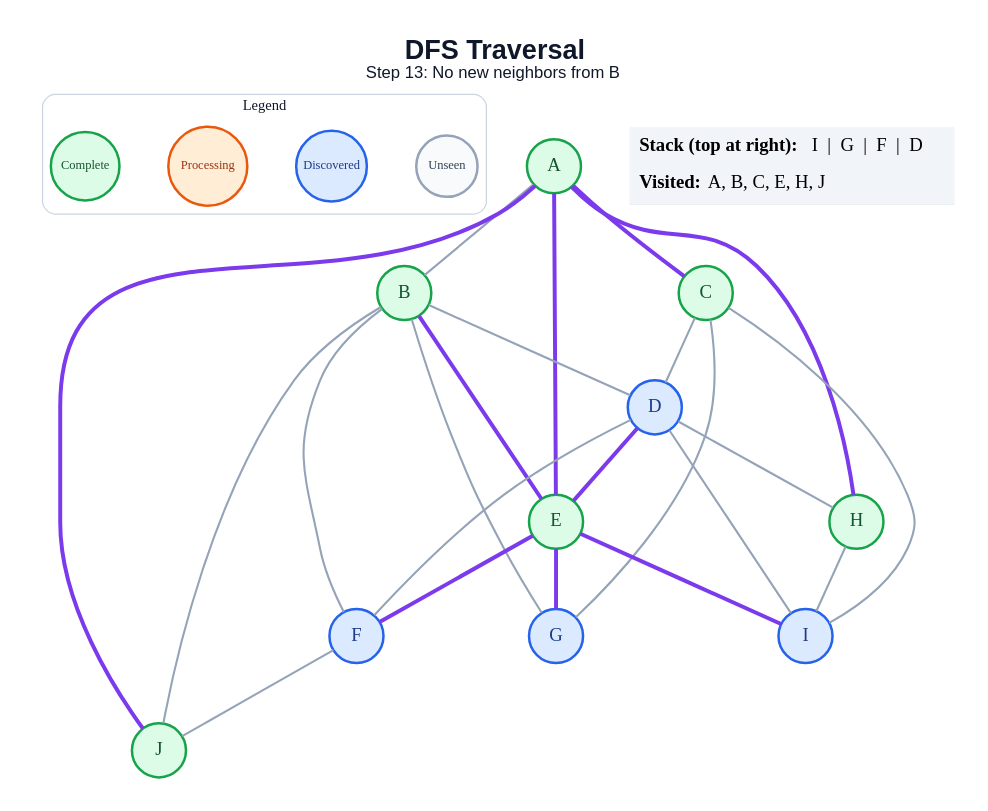
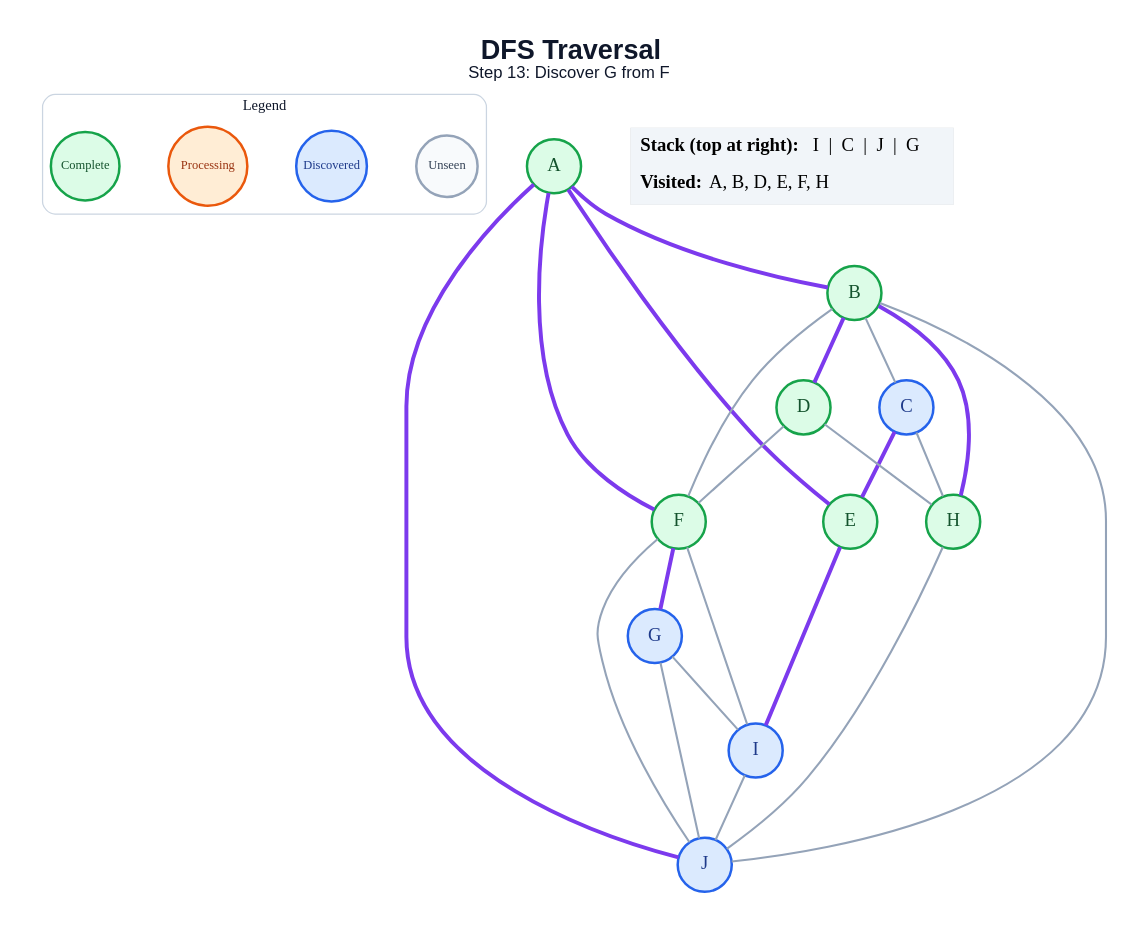
The diagram in generated/specific-node/dfs/step_13.dot (amanghodawala9/ai-slop), drawn with Graphviz before and after one commit. The commit also changed 178 other files, not shown here.

```diff
--- a/generated/specific-node/dfs/step_13.dot
+++ b/generated/specific-node/dfs/step_13.dot
@@ -1,51 +1,50 @@
 graph traversal {
   graph [layout=dot, rankdir=TB, bgcolor="#FFFFFF", pad="0.35", nodesep="0.65", ranksep="0.8", fontname="Arial"];
   node [shape=circle, style="filled", fontname="Arial Bold", fontsize=18, width=0.72, fixedsize=true, penwidth=2.4];
   edge [color="#94A3B8", penwidth=2.0];
-  label=<<B>DFS Traversal</B><BR/><FONT POINT-SIZE="16">Step 13: No new neighbors from B</FONT>>; labelloc="t"; fontsize=26; fontname="Arial"; fontcolor="#0F172A";
+  label=<<B>DFS Traversal</B><BR/><FONT POINT-SIZE="16">Step 13: Discover G from F</FONT>>; labelloc="t"; fontsize=26; fontname="Arial"; fontcolor="#0F172A";
   subgraph cluster_legend { label="Legend"; color="#CBD5E1"; penwidth=1.2; style="rounded"; fontsize=14; fontname="Arial Bold";
     key_unseen [label="Unseen", fillcolor="#F8FAFC", color="#94A3B8", fontcolor="#334155", fontsize=12, width=0.82];
     key_frontier [label="Discovered", fillcolor="#DBEAFE", color="#2563EB", fontcolor="#1E3A8A", fontsize=12, width=0.95];
     key_current [label="Processing", fillcolor="#FFEDD5", color="#EA580C", fontcolor="#9A3412", fontsize=12, width=1.05];
     key_done [label="Complete", fillcolor="#DCFCE7", color="#16A34A", fontcolor="#14532D", fontsize=12, width=0.92];
     { rank=same; key_unseen; key_frontier; key_current; key_done; }
   }
   A [fillcolor="#DCFCE7", color="#16A34A", fontcolor="#14532D"];
   B [fillcolor="#DCFCE7", color="#16A34A", fontcolor="#14532D"];
-  C [fillcolor="#DCFCE7", color="#16A34A", fontcolor="#14532D"];
-  D [fillcolor="#DBEAFE", color="#2563EB", fontcolor="#1E3A8A"];
+  C [fillcolor="#DBEAFE", color="#2563EB", fontcolor="#1E3A8A"];
+  D [fillcolor="#DCFCE7", color="#16A34A", fontcolor="#14532D"];
   E [fillcolor="#DCFCE7", color="#16A34A", fontcolor="#14532D"];
-  F [fillcolor="#DBEAFE", color="#2563EB", fontcolor="#1E3A8A"];
+  F [fillcolor="#DCFCE7", color="#16A34A", fontcolor="#14532D"];
   G [fillcolor="#DBEAFE", color="#2563EB", fontcolor="#1E3A8A"];
   H [fillcolor="#DCFCE7", color="#16A34A", fontcolor="#14532D"];
   I [fillcolor="#DBEAFE", color="#2563EB", fontcolor="#1E3A8A"];
-  J [fillcolor="#DCFCE7", color="#16A34A", fontcolor="#14532D"];
-  A -- B;
-  A -- C [color="#7C3AED", penwidth=3.8];
+  J [fillcolor="#DBEAFE", color="#2563EB", fontcolor="#1E3A8A"];
+  A -- B [color="#7C3AED", penwidth=3.8];
   A -- E [color="#7C3AED", penwidth=3.8];
-  A -- H [color="#7C3AED", penwidth=3.8];
+  A -- F [color="#7C3AED", penwidth=3.8];
   A -- J [color="#7C3AED", penwidth=3.8];
-  B -- D;
-  B -- E [color="#7C3AED", penwidth=3.8];
+  B -- C;
+  B -- D [color="#7C3AED", penwidth=3.8];
   B -- F;
-  B -- G;
+  B -- H [color="#7C3AED", penwidth=3.8];
   B -- J;
-  C -- D;
-  C -- G;
-  C -- I;
-  D -- E [color="#7C3AED", penwidth=3.8];
+  C -- E [color="#7C3AED", penwidth=3.8];
+  C -- H;
   D -- F;
   D -- H;
-  D -- I;
-  E -- F [color="#7C3AED", penwidth=3.8];
-  E -- G [color="#7C3AED", penwidth=3.8];
   E -- I [color="#7C3AED", penwidth=3.8];
+  F -- G [color="#7C3AED", penwidth=3.8];
+  F -- I;
   F -- J;
-  H -- I;
+  G -- I;
+  G -- J;
+  H -- J;
+  I -- J;
   status [shape=plain, fixedsize=false, width=0, height=0, margin=0, label=<
     <TABLE BORDER="0" CELLBORDER="0" CELLPADDING="7" BGCOLOR="#F1F5F9">
-      <TR><TD ALIGN="LEFT"><B>Stack (top at right):</B> I  |  G  |  F  |  D</TD></TR>
-      <TR><TD ALIGN="LEFT"><B>Visited:</B> A, B, C, E, H, J</TD></TR>
+      <TR><TD ALIGN="LEFT"><B>Stack (top at right):</B> I  |  C  |  J  |  G</TD></TR>
+      <TR><TD ALIGN="LEFT"><B>Visited:</B> A, B, D, E, F, H</TD></TR>
     </TABLE>
   >];
 }
```
